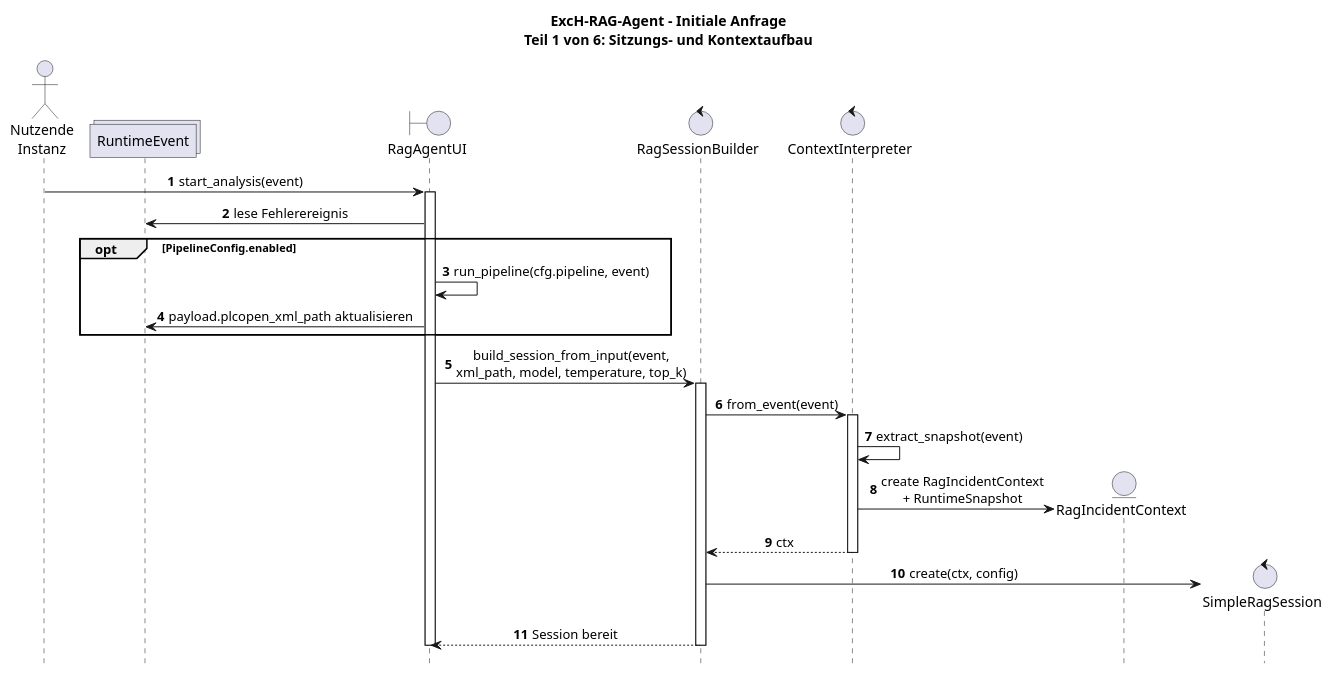
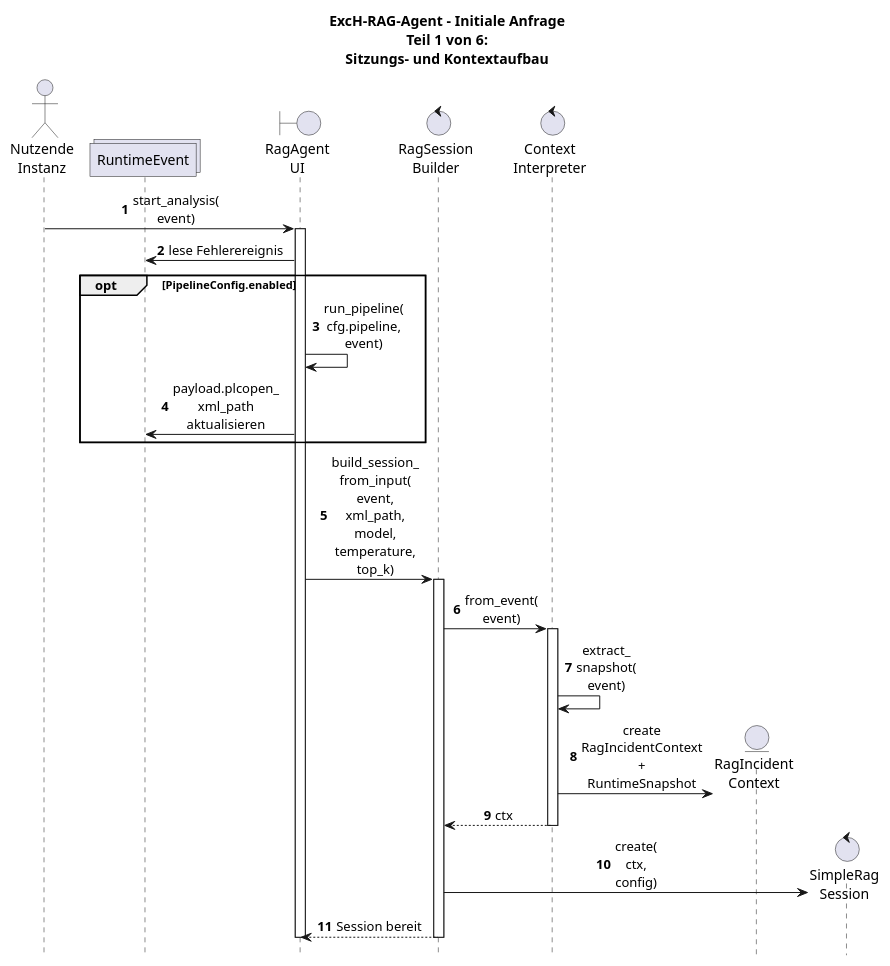
Before and after one commit to verkal1999/Agent_Test: the diagram in UML-Diagrams/ExcH-RAG-Agent/Komponenten_ExcH-RAG-Agent/07a_seq_context_session.plantuml, drawn with PlantUML. The commit also changed 38 other files, not shown here.

Commit message:
UML-Diagramme svgs erneuert

```diff
--- a/UML-Diagrams/ExcH-RAG-Agent/Komponenten_ExcH-RAG-Agent/07a_seq_context_session.plantuml
+++ b/UML-Diagrams/ExcH-RAG-Agent/Komponenten_ExcH-RAG-Agent/07a_seq_context_session.plantuml
@@ -1,44 +1,44 @@
 @startuml
 
 skinparam shadowing false
 skinparam responseMessageBelowArrow true
 skinparam sequenceMessageAlign center
 hide footbox
 autonumber
 
-title ExcH-RAG-Agent - Initiale Anfrage\nTeil 1 von 6: Sitzungs- und Kontextaufbau
+title ExcH-RAG-Agent - Initiale Anfrage\nTeil 1 von 6:\nSitzungs- und Kontextaufbau
 
 actor "Nutzende\nInstanz" as User
 collections "RuntimeEvent" as Event
-boundary "RagAgentUI" as UI
-control "RagSessionBuilder" as Builder
-control "ContextInterpreter" as CtxInt
-entity "RagIncidentContext" as Ctx
-control "SimpleRagSession" as Session
+boundary "RagAgent\nUI" as UI
+control "RagSession\nBuilder" as Builder
+control "Context\nInterpreter" as CtxInt
+entity "RagIncident\nContext" as Ctx
+control "SimpleRag\nSession" as Session
 
-User -> UI : start_analysis(event)
+User -> UI : start_analysis(\nevent)
 activate UI
 UI -> Event : lese Fehlerereignis
 
 opt PipelineConfig.enabled
-  UI -> UI : run_pipeline(cfg.pipeline, event)
-  UI -> Event : payload.plcopen_xml_path aktualisieren
+  UI -> UI : run_pipeline(\ncfg.pipeline,\nevent)
+  UI -> Event : payload.plcopen_\nxml_path\naktualisieren
 end
 
-UI -> Builder : build_session_from_input(event,\nxml_path, model, temperature, top_k)
+UI -> Builder : build_session_\nfrom_input(\nevent,\nxml_path,\nmodel,\ntemperature,\ntop_k)
 activate Builder
-Builder -> CtxInt : from_event(event)
+Builder -> CtxInt : from_event(\nevent)
 activate CtxInt
-CtxInt -> CtxInt : extract_snapshot(event)
+CtxInt -> CtxInt : extract_\nsnapshot(\nevent)
 create Ctx
-CtxInt -> Ctx : create RagIncidentContext\n+ RuntimeSnapshot
+CtxInt -> Ctx : create\nRagIncidentContext\n+\nRuntimeSnapshot
 CtxInt --> Builder : ctx
 deactivate CtxInt
 
 create Session
-Builder -> Session : create(ctx, config)
+Builder -> Session : create(\nctx,\nconfig)
 Builder --> UI : Session bereit
 deactivate Builder
 deactivate UI
 
 @enduml
```
